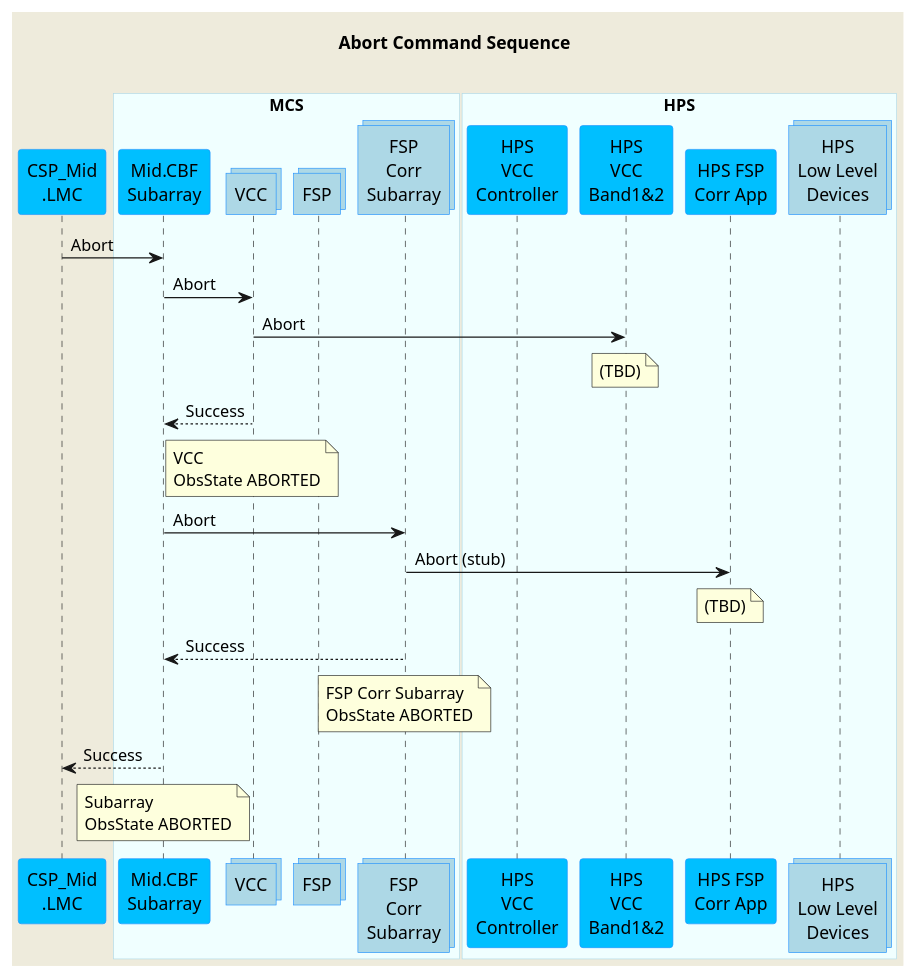
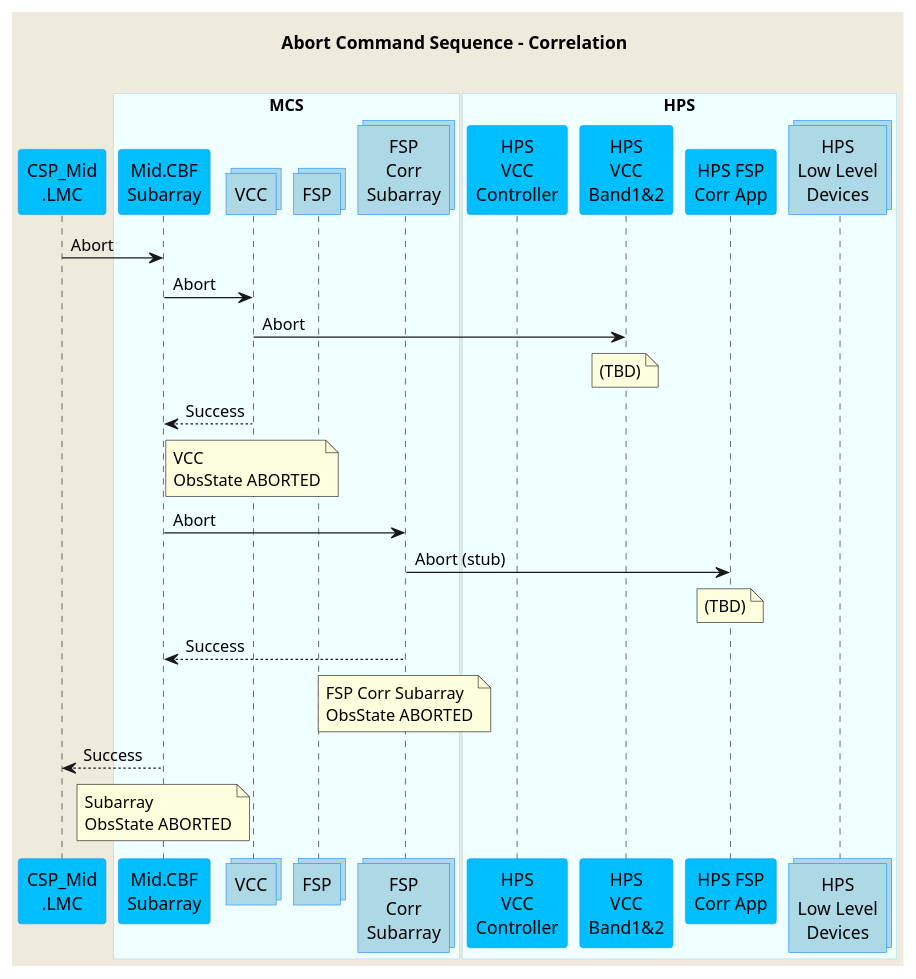
The diagram in docs/src/diagrams/abort-command.puml (ska-telescope/mid-cbf-mcs), drawn with PlantUML before and after one commit. The commit also changed 3 other files, not shown here.

```diff
--- a/docs/src/diagrams/abort-command.puml
+++ b/docs/src/diagrams/abort-command.puml
@@ -1,60 +1,60 @@
 @startuml
 'https://plantuml.com/sequence-diagram
 
 skinparam backgroundColor #EEEBDC
 skinparam sequence {
 ParticipantBorderColor DodgerBlue
 ParticipantBackgroundColor DeepSkyBlue
 ActorBorderColor DarkGreen
 ActorBackgroundColor Green
 BoxBorderColor LightBlue
 BoxBackgroundColor #F0FFFF
 }
 
 skinparam collections {
   BackGroundColor LightBlue
   BorderColor DodgerBlue
 }
 
 skinparam database {
   BackgroundColor LightGreen
   BorderColor DarkGreen
 }
 
-title Abort Command Sequence\n
+title Abort Command Sequence - Correlation\n
 
 participant "CSP_Mid\n.LMC" as lmc
 
 box "MCS"
 participant "Mid.CBF\nSubarray" as subarray
 collections "VCC" as vcc
 collections "FSP" as fsp
 collections "FSP\nCorr\nSubarray" as fspsubarray
 end box
 
 box "HPS"
 participant "HPS\nVCC\nController" as hpsvcc
 participant "HPS\nVCC\nBand1&2" as hpsvccband
 participant "HPS FSP\nCorr App" as hpsfsp
 collections "HPS\nLow Level\nDevices" as hpsdevices
 end box
 
 lmc        ->  subarray      : Abort
 
 subarray   ->  vcc           : Abort
 vcc        ->  hpsvccband    : Abort
 note over hpsvccband         : (TBD)
 subarray   <-- vcc           : Success
 note over vcc                : VCC\nObsState ABORTED
 subarray   ->  fspsubarray   : Abort
 fspsubarray->  hpsfsp        : Abort (stub)
 note over hpsfsp             : (TBD)
 subarray   <-- fspsubarray   : Success
 note over fspsubarray        : FSP Corr Subarray\nObsState ABORTED
 
 
 lmc       <--  subarray      : Success
 note over subarray           : Subarray\nObsState ABORTED
 
 
 @enduml
```
